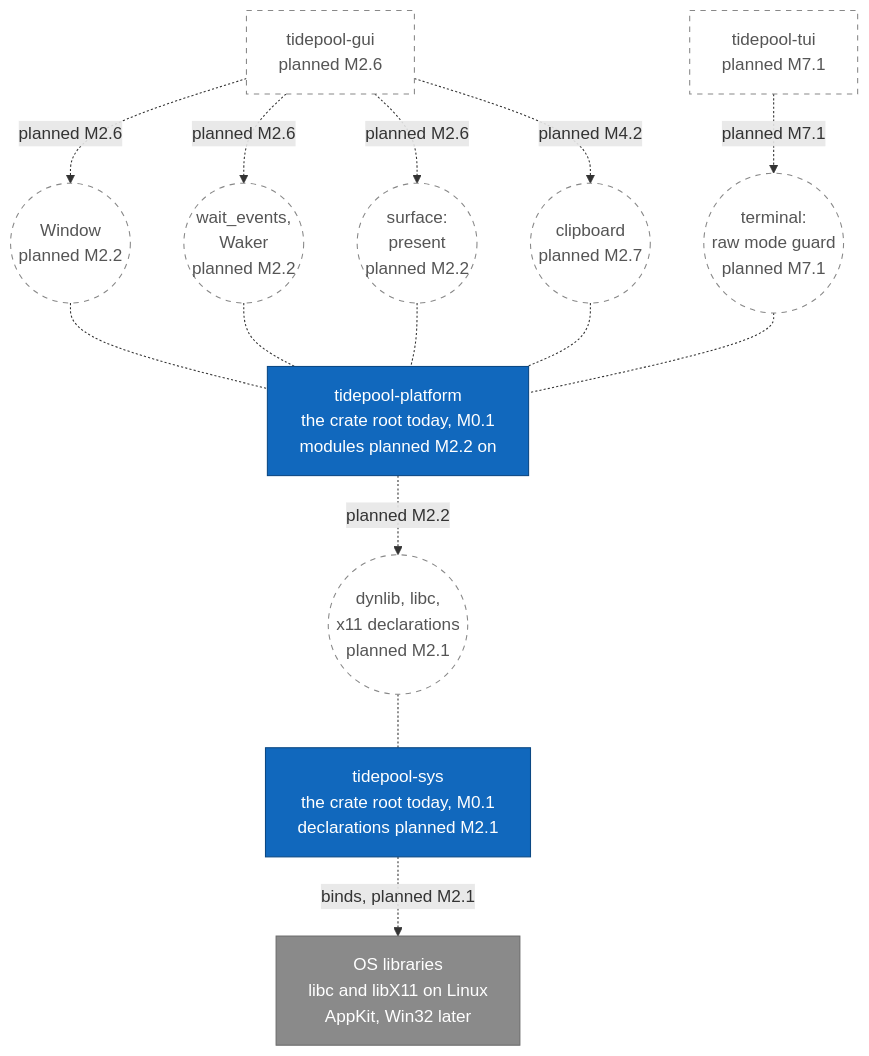
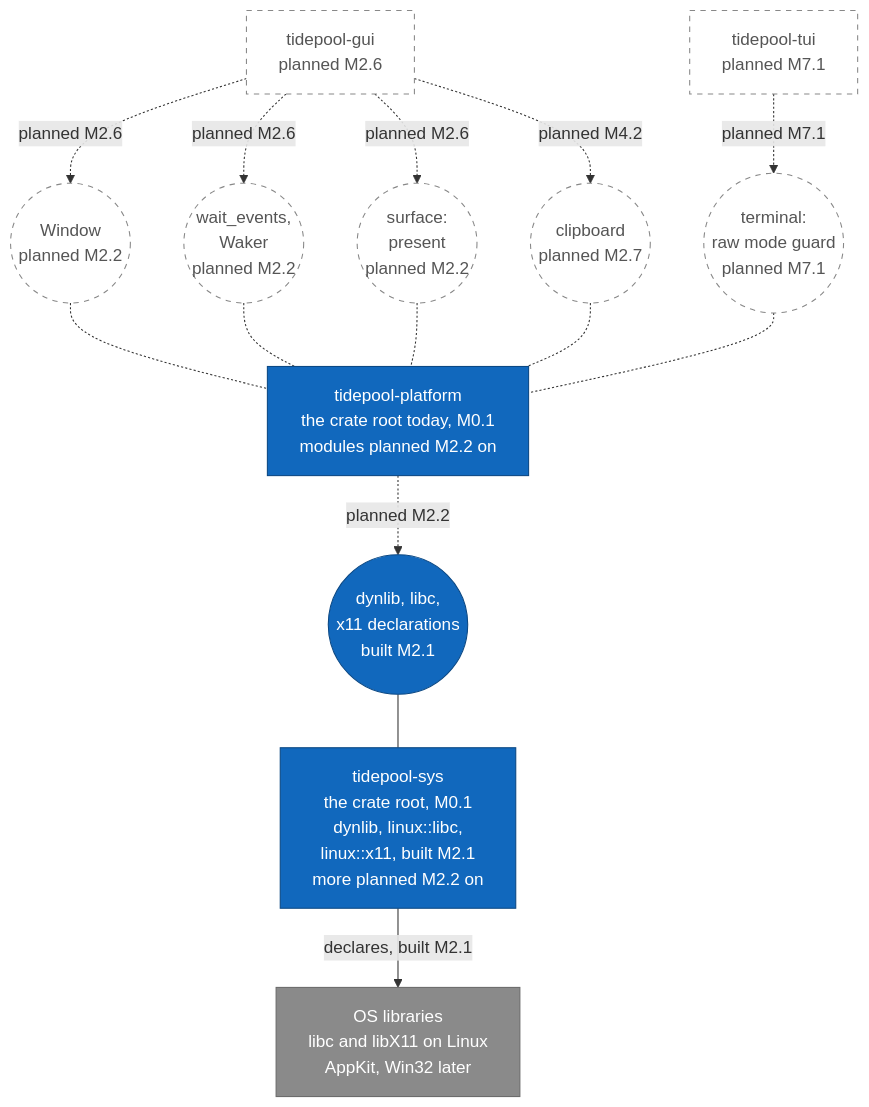
Before and after one commit to jabbott-iii/Tidepool: the seventh of 21 diagrams in diagrams/component-diagrams.md, drawn with Mermaid. The commit also changed other lines of this file and 21 other files, not shown here.

First line of the commit message:
sys: dynlib, libc and X11 declarations (M2.1)

````diff
--- a/diagrams/component-diagrams.md
+++ b/diagrams/component-diagrams.md
@@ -383,40 +383,40 @@
 ```mermaid
 flowchart TB
     c_gui["tidepool-gui<br/>planned M2.6"]
     c_tui["tidepool-tui<br/>planned M7.1"]
 
     i_window(("Window<br/>planned M2.2"))
     i_events(("wait_events,<br/>Waker<br/>planned M2.2"))
     i_surface(("surface:<br/>present<br/>planned M2.2"))
     i_clip(("clipboard<br/>planned M2.7"))
     i_terminal(("terminal:<br/>raw mode guard<br/>planned M7.1"))
 
     c_platform["tidepool-platform<br/>the crate root today, M0.1<br/>modules planned M2.2 on"]
-    i_decl(("dynlib, libc,<br/>x11 declarations<br/>planned M2.1"))
-    c_sys["tidepool-sys<br/>the crate root today, M0.1<br/>declarations planned M2.1"]
+    i_decl(("dynlib, libc,<br/>x11 declarations<br/>built M2.1"))
+    c_sys["tidepool-sys<br/>the crate root, M0.1<br/>dynlib, linux::libc,<br/>linux::x11, built M2.1<br/>more planned M2.2 on"]
     e_os["OS libraries<br/>libc and libX11 on Linux<br/>AppKit, Win32 later"]
 
     c_gui -.->|"planned M2.6"| i_window
     c_gui -.->|"planned M2.6"| i_events
     c_gui -.->|"planned M2.6"| i_surface
     c_gui -.->|"planned M4.2"| i_clip
     c_tui -.->|"planned M7.1"| i_terminal
 
     i_window -.- c_platform
     i_events -.- c_platform
     i_surface -.- c_platform
     i_clip -.- c_platform
     i_terminal -.- c_platform
 
     c_platform -.->|"planned M2.2"| i_decl
-    i_decl -.- c_sys
-    c_sys -.->|"binds, planned M2.1"| e_os
+    i_decl --- c_sys
+    c_sys -->|"declares, built M2.1"| e_os
 
     classDef built fill:#1168bd,stroke:#0b4884,color:#ffffff
     classDef external fill:#8a8a8a,stroke:#6b6b6b,color:#ffffff
     classDef planned fill:#ffffff,stroke:#888888,stroke-dasharray: 5 5,color:#555555
-    class c_platform,c_sys built
+    class c_platform,c_sys,i_decl built
     class c_gui,c_tui planned
-    class i_window,i_events,i_surface,i_clip,i_terminal,i_decl planned
+    class i_window,i_events,i_surface,i_clip,i_terminal planned
     class e_os external
 ```
````
